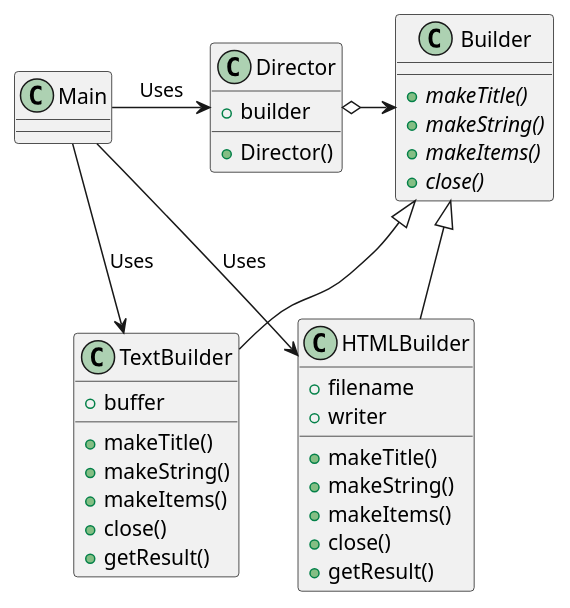
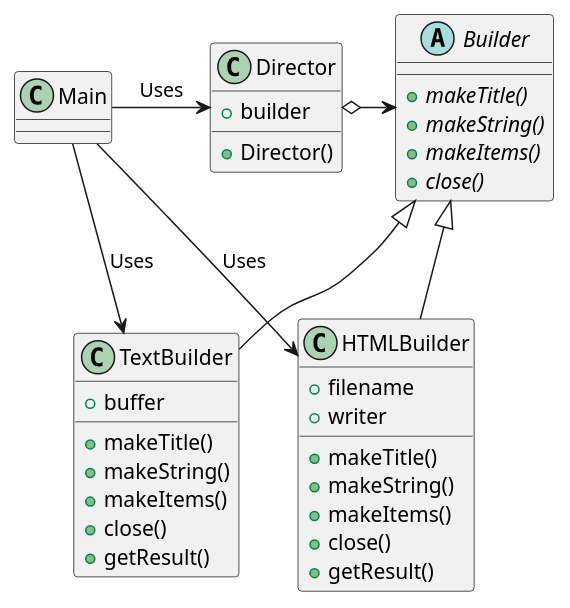
One commit to ku2ma2/design_pattern changed the diagram in Builder/README.md. Above: the diagram before and after it, drawn with PlantUML.

````diff
--- a/Builder/README.md
+++ b/Builder/README.md
@@ -4,46 +4,46 @@
 ```uml
 @startuml
 
 class Main {
 }
 
 class Director {
     +builder
     +Director()
 }
 
-class Builder {
+abstract Builder {
   {abstract} +makeTitle()
   {abstract} +makeString()
   {abstract} +makeItems()
   {abstract} +close()
 }
 
 class TextBuilder {
     +buffer
     +makeTitle()
     +makeString()
     +makeItems()
     +close()
     +getResult()
 }
 
 class HTMLBuilder {
     +filename
     +writer
     +makeTitle()
     +makeString()
     +makeItems()
     +close()
     +getResult()
 }
 
 Main -right-> Director :Uses
 Director o-right-> Builder
 Main -down-> TextBuilder :Uses
 Main -down-> HTMLBuilder : Uses
 TextBuilder -up-|> Builder
 HTMLBuilder -up-|> Builder
 
 @enduml
 ```
````
